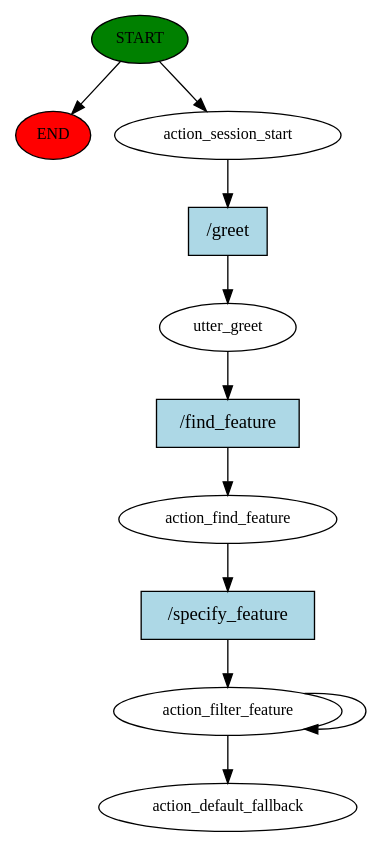
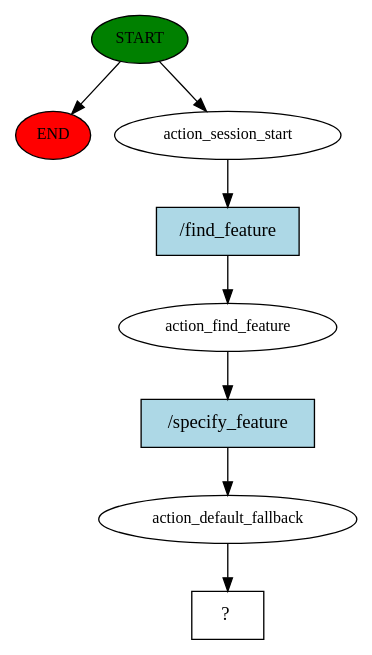
The diagram in story_graph.dot (gessi-chatbots/knowledge_based_chatbot), drawn with Graphviz before and after one commit. The commit also changed 11 other files, not shown here.

```diff
--- a/story_graph.dot
+++ b/story_graph.dot
@@ -1,22 +1,17 @@
 digraph  {
 0 [class="start active", fillcolor=green, fontsize=12, label=START, style=filled];
 "-1" [class=end, fillcolor=red, fontsize=12, label=END, style=filled];
 1 [class=active, fontsize=12, label=action_session_start];
-2 [class=active, fontsize=12, label=utter_greet];
-3 [class=active, fontsize=12, label=action_find_feature];
-4 [class=active, fontsize=12, label=action_filter_feature];
-6 [class="dashed active", fontsize=12, label=action_default_fallback];
-7 [class="intent active", fillcolor=lightblue, label="/greet", shape=rect, style=filled];
-8 [class="intent active", fillcolor=lightblue, label="/find_feature", shape=rect, style=filled];
-9 [class="intent active", fillcolor=lightblue, label="/specify_feature", shape=rect, style=filled];
+2 [class=active, fontsize=12, label=action_find_feature];
+3 [class=active, fontsize=12, label=action_default_fallback];
+4 [class="intent dashed active", label="  ?  ", shape=rect];
+5 [class="intent active", fillcolor=lightblue, label="/find_feature", shape=rect, style=filled];
+6 [class="intent active", fillcolor=lightblue, label="/specify_feature", shape=rect, style=filled];
 0 -> "-1"  [class="", key=NONE, label=""];
 0 -> 1  [class=active, key=NONE, label=""];
-1 -> 7  [class=active, key=0];
-2 -> 8  [class=active, key=0];
-3 -> 9  [class=active, key=0];
-4 -> 6  [class=active, key=NONE, label=""];
-4 -> 4  [class=active, key=NONE, label=""];
-7 -> 2  [class=active, key=0];
-8 -> 3  [class=active, key=0];
-9 -> 4  [class=active, key=0];
+1 -> 5  [class=active, key=0];
+2 -> 6  [class=active, key=0];
+3 -> 4  [class=active, key=NONE, label=""];
+5 -> 2  [class=active, key=0];
+6 -> 3  [class=active, key=0];
 }
```
